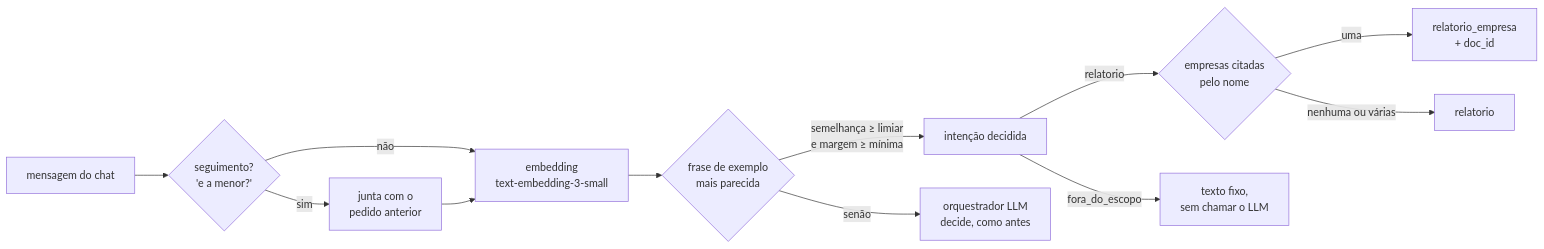
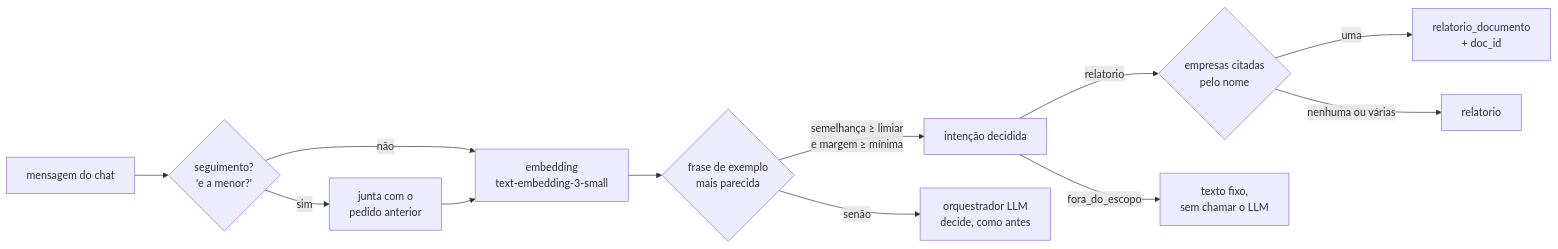
One commit to proscholdt/MultAgent_AnaliseDocumental changed the second of 2 diagrams in agents/README.md. Above: the diagram before and after it, drawn with Mermaid. The commit also changed other lines of this file and 64 other files, not shown here.

````diff
--- a/agents/README.md
+++ b/agents/README.md
@@ -90,14 +90,14 @@
 ```mermaid
 flowchart LR
     M[mensagem do chat] --> S{seguimento?<br/>'e a menor?'}
     S -->|sim| J[junta com o<br/>pedido anterior]
     S -->|não| E
     J --> E[embedding<br/>text-embedding-3-small]
     E --> R{frase de exemplo<br/>mais parecida}
     R -->|semelhança ≥ limiar<br/>e margem ≥ mínima| D[intenção decidida]
     R -->|senão| L[orquestrador LLM<br/>decide, como antes]
     D -->|relatorio| C{empresas citadas<br/>pelo nome}
-    C -->|uma| RE[relatorio_empresa<br/>+ doc_id]
+    C -->|uma| RE[relatorio_documento<br/>+ doc_id]
     C -->|nenhuma ou várias| RC[relatorio]
     D -->|fora_do_escopo| F[texto fixo,<br/>sem chamar o LLM]
 ```
````
